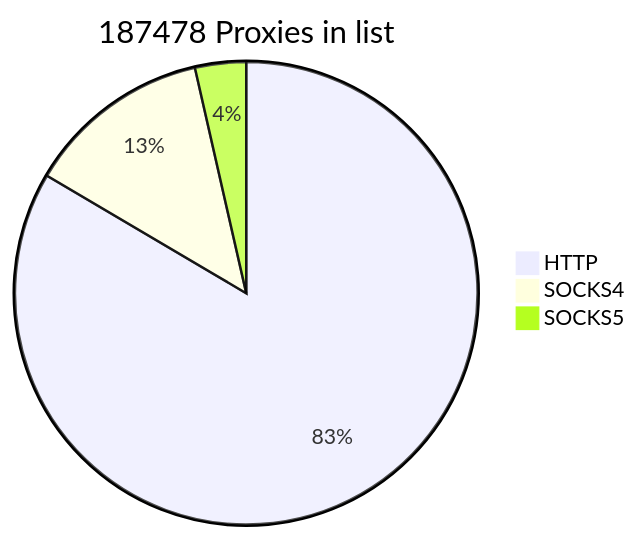
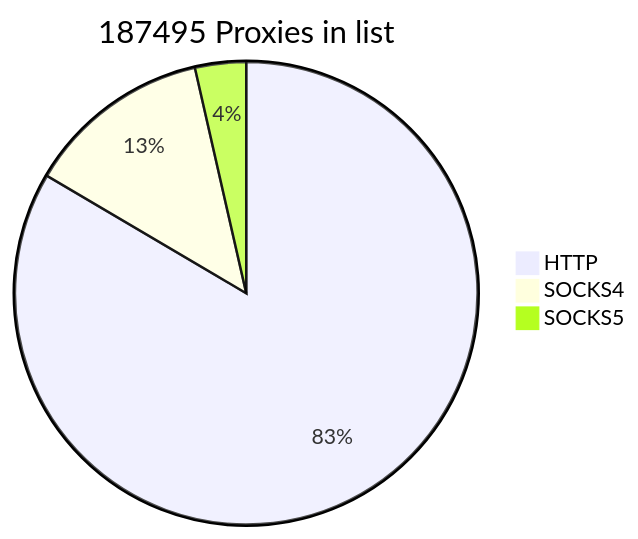
Before and after one commit to cutipu/proxylist: the first of 2 diagrams in README.md, drawn with Mermaid. The commit also changed other lines of this file, not shown here.

````diff
--- a/README.md
+++ b/README.md
@@ -2,7 +2,7 @@
 ```mermaid
-pie title 187478 Proxies in list
-    "HTTP" : 156514
-    "SOCKS4" : 24280
-    "SOCKS5" : 6684
+pie title 187495 Proxies in list
+    "HTTP" : 156515
+    "SOCKS4" : 24295
+    "SOCKS5" : 6685
             
 ```
````
